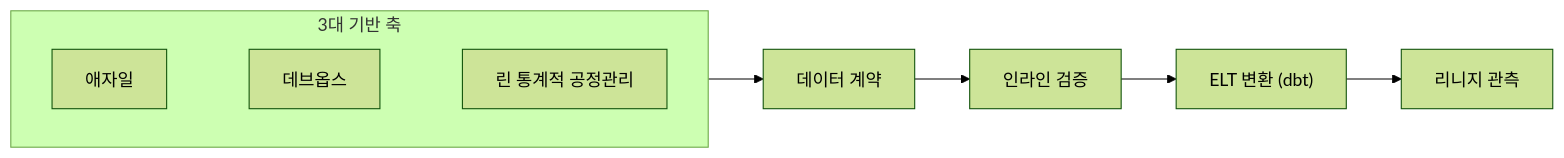
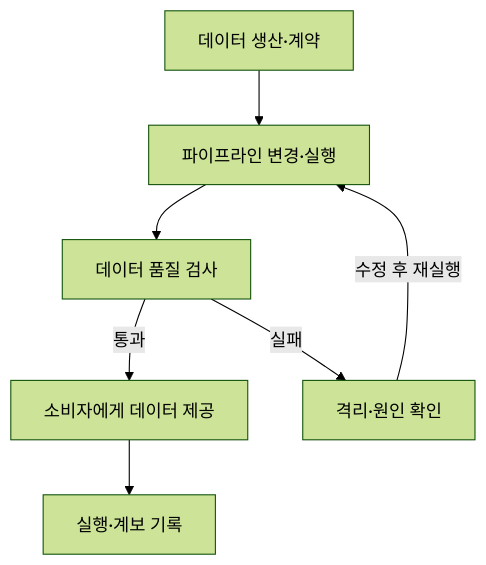
The second of 2 diagrams in src/content/docs/notes/itpe/02-software-engineering/109_dataops.md (agnusdei1207/study), drawn with Mermaid (forest theme) before and after one commit. The commit also changed other lines of this file and 31 other files, not shown here.

````diff
--- a/src/content/docs/notes/itpe/02-software-engineering/109_dataops.md
+++ b/src/content/docs/notes/itpe/02-software-engineering/109_dataops.md
@@ -60,8 +93,9 @@
 ```mermaid
-flowchart LR
-    subgraph T["3대 기반 축"]
-        direction LR
-        A["애자일"] ~~~ D["데브옵스"] ~~~ S["린 통계적 공정관리"]
-    end
-    T --> C["데이터 계약"] --> Q["인라인 검증"] --> E["ELT 변환 (dbt)"] --> L["리니지 관측"]
+flowchart TD
+    S["데이터 생산·계약"] --> P["파이프라인 변경·실행"]
+    P --> V["데이터 품질 검사"]
+    V -->|통과| D["소비자에게 데이터 제공"]
+    V -->|실패| I["격리·원인 확인"]
+    D --> L["실행·계보 기록"]
+    I -->|수정 후 재실행| P
 ```
````
